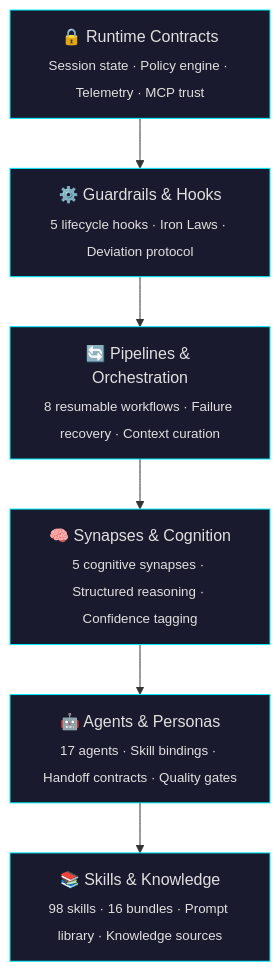
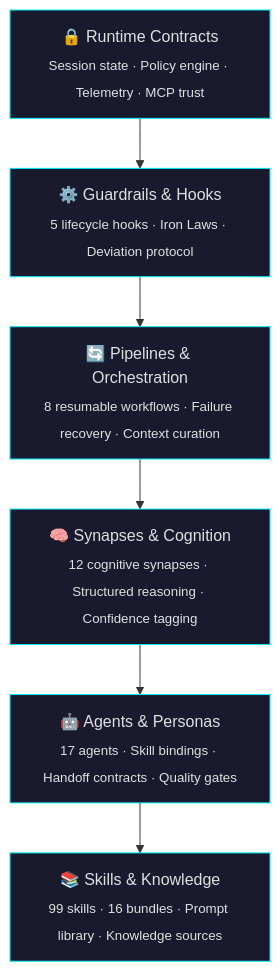
Before and after one commit to SufficientDaikon/archon: the first of 4 diagrams in README.md, drawn with Mermaid. The commit also changed other lines of this file and 3068 other files, not shown here.

````diff
--- a/README.md
+++ b/README.md
@@ -81,18 +81,18 @@
 ```mermaid
 graph TD
     RT["🔒 Runtime Contracts<br><sub>Session state · Policy engine · Telemetry · MCP trust</sub>"]
     GH["⚙️ Guardrails & Hooks<br><sub>5 lifecycle hooks · Iron Laws · Deviation protocol</sub>"]
     PO["🔄 Pipelines & Orchestration<br><sub>8 resumable workflows · Failure recovery · Context curation</sub>"]
-    SC["🧠 Synapses & Cognition<br><sub>5 cognitive synapses · Structured reasoning · Confidence tagging</sub>"]
+    SC["🧠 Synapses & Cognition<br><sub>12 cognitive synapses · Structured reasoning · Confidence tagging</sub>"]
     AP["🤖 Agents & Personas<br><sub>17 agents · Skill bindings · Handoff contracts · Quality gates</sub>"]
-    SK["📚 Skills & Knowledge<br><sub>98 skills · 16 bundles · Prompt library · Knowledge sources</sub>"]
+    SK["📚 Skills & Knowledge<br><sub>99 skills · 16 bundles · Prompt library · Knowledge sources</sub>"]
 
     RT --> GH --> PO --> SC --> AP --> SK
 
     style RT fill:#1a1a2e,stroke:#00F0FF,color:#e0e0e0
     style GH fill:#1a1a2e,stroke:#00F0FF,color:#e0e0e0
     style PO fill:#1a1a2e,stroke:#00F0FF,color:#e0e0e0
     style SC fill:#1a1a2e,stroke:#00F0FF,color:#e0e0e0
     style AP fill:#1a1a2e,stroke:#00F0FF,color:#e0e0e0
     style SK fill:#1a1a2e,stroke:#00F0FF,color:#e0e0e0
 ```
````
